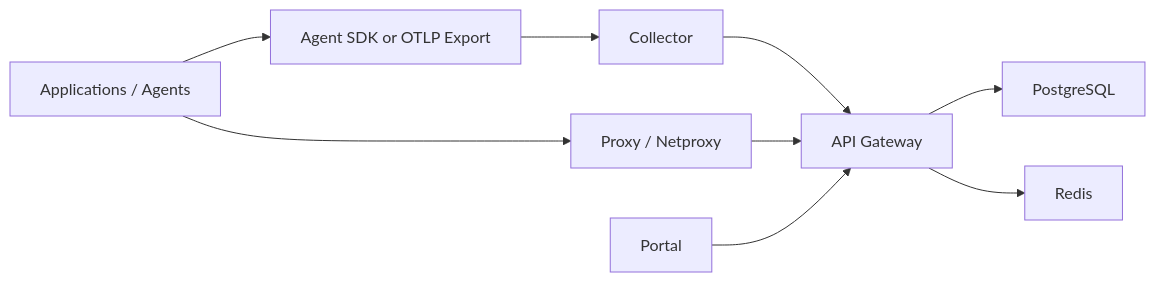
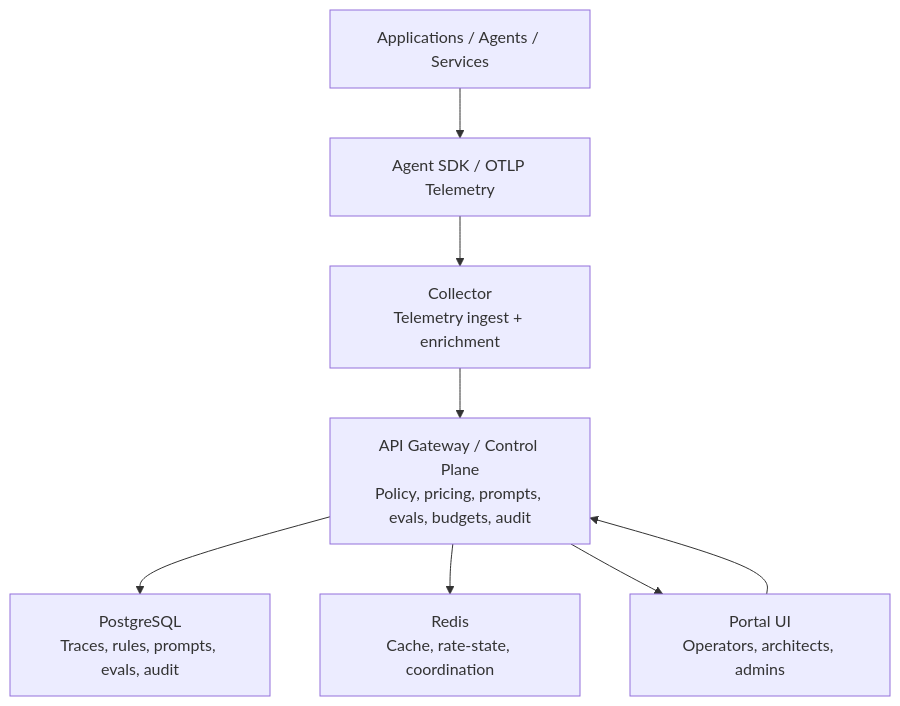
One commit to rastogivaibhav/AgentFabric changed the first of 2 diagrams in README.md. Above: the diagram before and after it, drawn with Mermaid. The commit also changed other lines of this file and 12 other files, not shown here.

````diff
--- a/README.md
+++ b/README.md
@@ -61,11 +73,10 @@
 ```mermaid
-flowchart LR
-    A["Applications / Agents"] --> B["Agent SDK or OTLP Export"]
-    A --> C["Proxy / Netproxy"]
-    B --> D["Collector"]
-    D --> E["API Gateway"]
-    C --> E
-    F["Portal"] --> E
-    E --> G["PostgreSQL"]
-    E --> H["Redis"]
+flowchart TB
+    A["Applications / Agents / Services"] --> B["Agent SDK / OTLP Telemetry"]
+    B --> C["Collector<br/>Telemetry ingest + enrichment"]
+    C --> D["API Gateway / Control Plane<br/>Policy, pricing, prompts, evals, budgets, audit"]
+    D --> E["PostgreSQL<br/>Traces, rules, prompts, evals, audit"]
+    D --> F["Redis<br/>Cache, rate-state, coordination"]
+    D --> G["Portal UI<br/>Operators, architects, admins"]
+    G --> D
 ```
````
